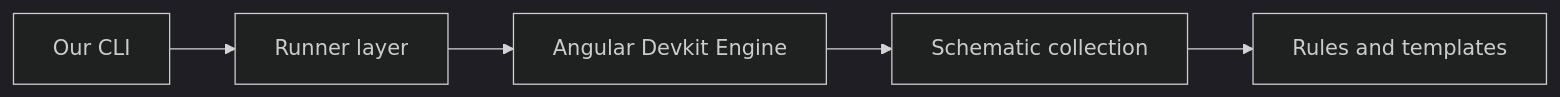
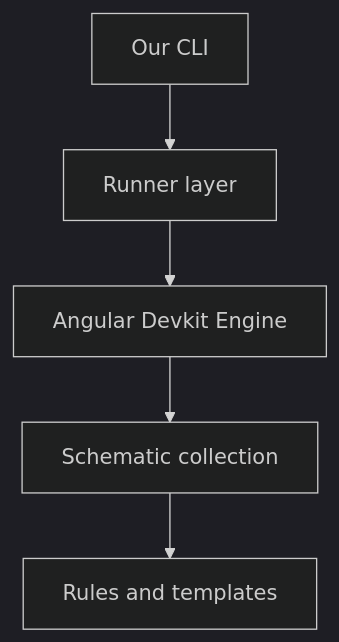
Before and after one commit to GaryB432/gb-schematics: the diagram in README.md, drawn with Mermaid (dark theme). The commit also changed other lines of this file and 2 other files, not shown here.

````diff
--- a/README.md
+++ b/README.md
@@ -18,8 +18,8 @@
 ```mermaid
-flowchart LR
+flowchart TB
 	CLI["Our CLI"] --> RUN["Runner layer"]
 	RUN --> DEVKIT["Angular Devkit Engine"]
 	DEVKIT --> COLL["Schematic collection"]
 	COLL --> RULES["Rules and templates"]
 
 ```
````
